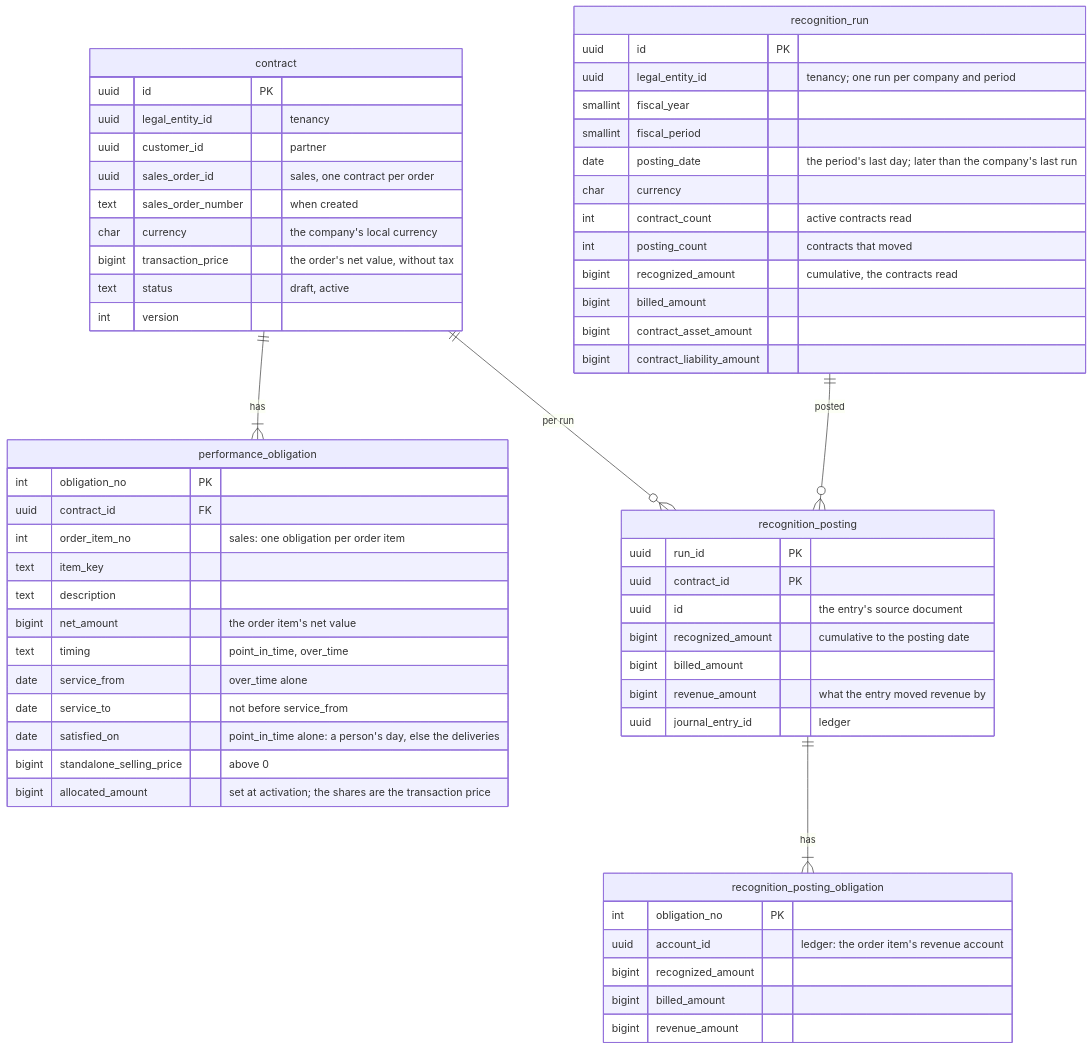
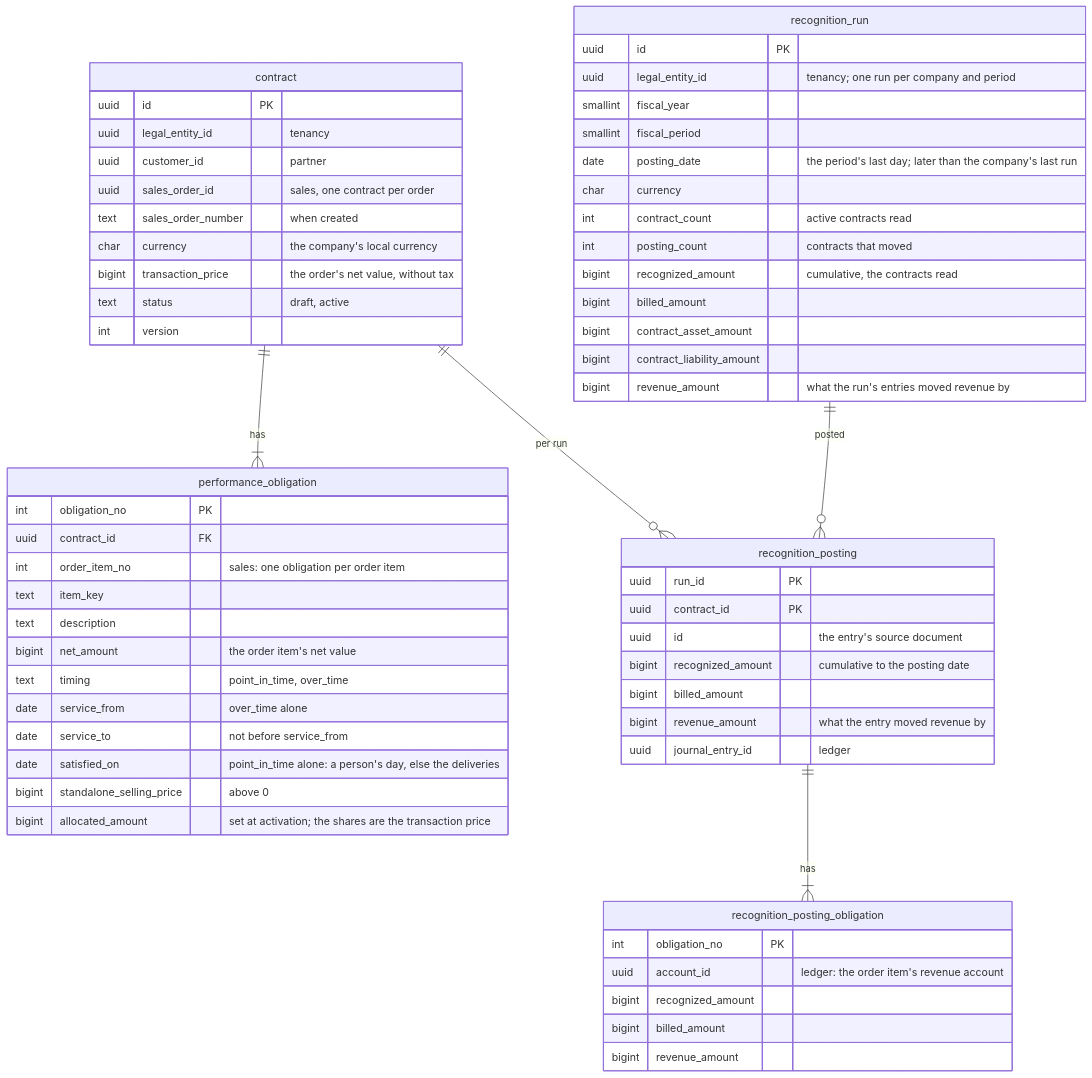
Before and after one commit to mustie7iy/agentic-erp: diagram 18 of 18 in docs/design/03-data-model.md, drawn with Mermaid. The commit also changed other lines of this file and 18 other files, not shown here.

````diff
--- a/docs/design/03-data-model.md
+++ b/docs/design/03-data-model.md
@@ -4847,52 +4847,53 @@
 ```mermaid
 erDiagram
   contract ||--|{ performance_obligation : "has"
   contract { uuid id PK
     uuid legal_entity_id "tenancy"
     uuid customer_id "partner"
     uuid sales_order_id "sales, one contract per order"
     text sales_order_number "when created"
     char currency "the company's local currency"
     bigint transaction_price "the order's net value, without tax"
     text status "draft, active"
     int version }
   performance_obligation { int obligation_no PK
     uuid contract_id FK
     int order_item_no "sales: one obligation per order item"
     text item_key
     text description
     bigint net_amount "the order item's net value"
     text timing "point_in_time, over_time"
     date service_from "over_time alone"
     date service_to "not before service_from"
     date satisfied_on "point_in_time alone: a person's day, else the deliveries"
     bigint standalone_selling_price "above 0"
     bigint allocated_amount "set at activation; the shares are the transaction price" }
   recognition_run ||--o{ recognition_posting : "posted"
   contract ||--o{ recognition_posting : "per run"
   recognition_posting ||--|{ recognition_posting_obligation : "has"
   recognition_run { uuid id PK
     uuid legal_entity_id "tenancy; one run per company and period"
     smallint fiscal_year
     smallint fiscal_period
     date posting_date "the period's last day; later than the company's last run"
     char currency
     int contract_count "active contracts read"
     int posting_count "contracts that moved"
     bigint recognized_amount "cumulative, the contracts read"
     bigint billed_amount
     bigint contract_asset_amount
-    bigint contract_liability_amount }
+    bigint contract_liability_amount
+    bigint revenue_amount "what the run's entries moved revenue by" }
   recognition_posting { uuid run_id PK
     uuid contract_id PK
     uuid id "the entry's source document"
     bigint recognized_amount "cumulative to the posting date"
     bigint billed_amount
     bigint revenue_amount "what the entry moved revenue by"
     uuid journal_entry_id "ledger" }
   recognition_posting_obligation { int obligation_no PK
     uuid account_id "ledger: the order item's revenue account"
     bigint recognized_amount
     bigint billed_amount
     bigint revenue_amount }
 ```
````
